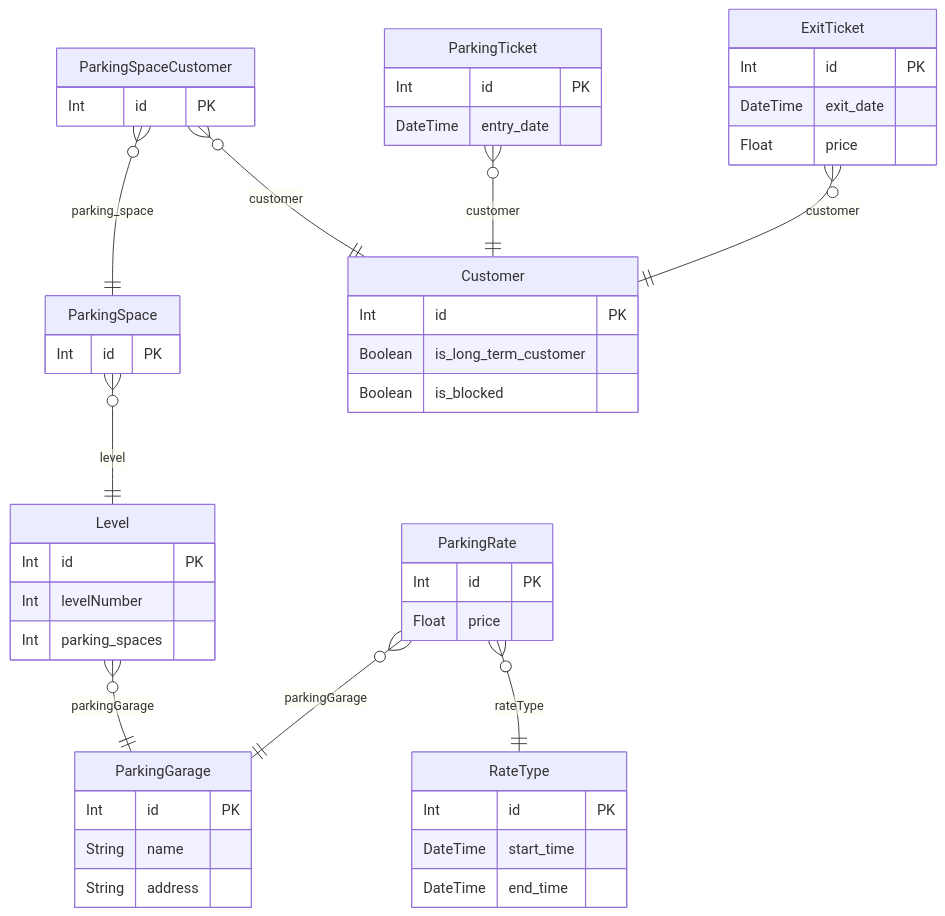
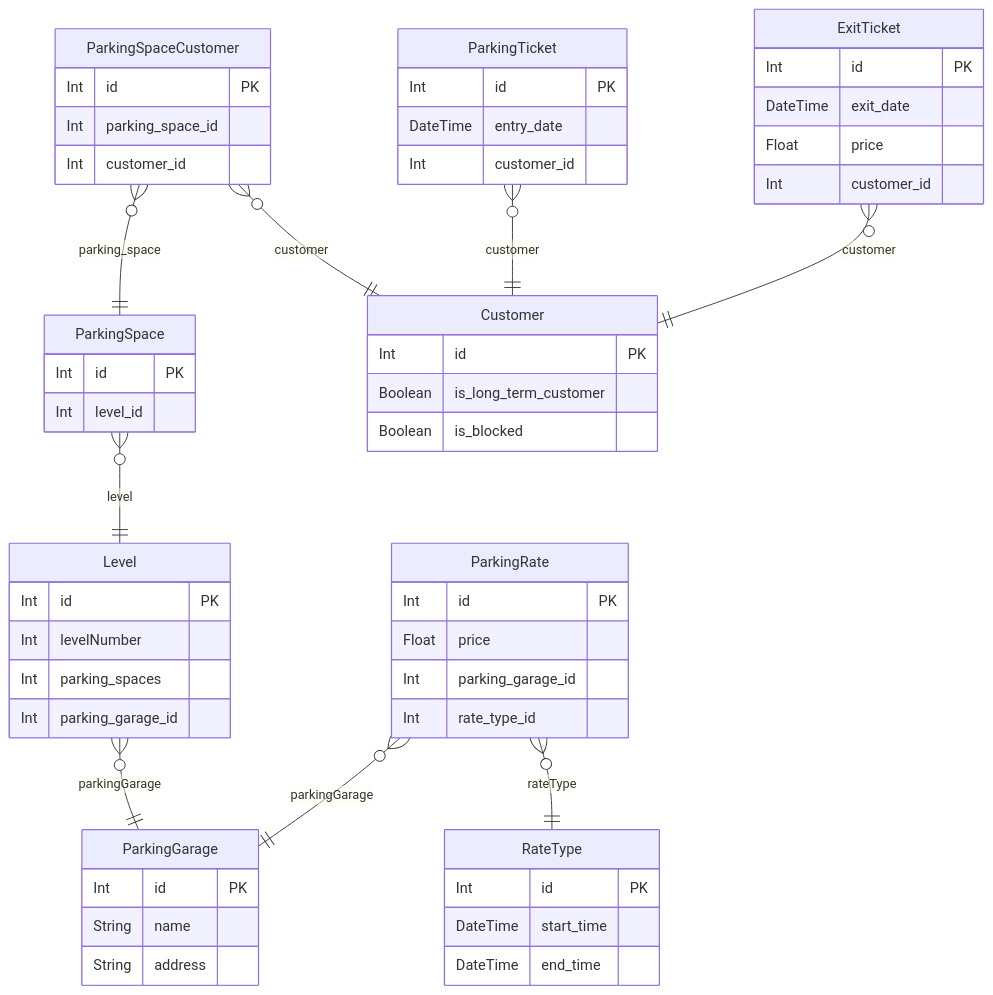
One commit to DaAlbrecht/parking-garage changed the diagram in documentation/erd.md. Above: the diagram before and after it, drawn with Mermaid. The commit also changed 3 other files, not shown here.

````diff
--- a/documentation/erd.md
+++ b/documentation/erd.md
@@ -1,68 +1,76 @@
 ```mermaid
 erDiagram
 
   ParkingGarage {
     Int id PK 
     String name  
     String address  
     }
   
 
   Level {
     Int id PK 
     Int levelNumber  
     Int parking_spaces  
+    Int parking_garage_id  
     }
   
 
   ParkingSpace {
     Int id PK 
+    Int level_id  
     }
   
 
   ParkingSpaceCustomer {
     Int id PK 
+    Int parking_space_id  
+    Int customer_id  
     }
   
 
   Customer {
     Int id PK 
     Boolean is_long_term_customer  
     Boolean is_blocked  
     }
   
 
   ParkingTicket {
     Int id PK 
     DateTime entry_date  
+    Int customer_id  
     }
   
 
   ExitTicket {
     Int id PK 
     DateTime exit_date  
     Float price  
+    Int customer_id  
     }
   
 
   ParkingRate {
     Int id PK 
     Float price  
+    Int parking_garage_id  
+    Int rate_type_id  
     }
   
 
   RateType {
     Int id PK 
     DateTime start_time  
     DateTime end_time  
     }
   
     Level o{--|| ParkingGarage : "parkingGarage"
     ParkingSpace o{--|| Level : "level"
     ParkingSpaceCustomer o{--|| ParkingSpace : "parking_space"
     ParkingSpaceCustomer o{--|| Customer : "customer"
     ParkingTicket o{--|| Customer : "customer"
     ExitTicket o{--|| Customer : "customer"
     ParkingRate o{--|| ParkingGarage : "parkingGarage"
     ParkingRate o{--|| RateType : "rateType"
 ```
````
